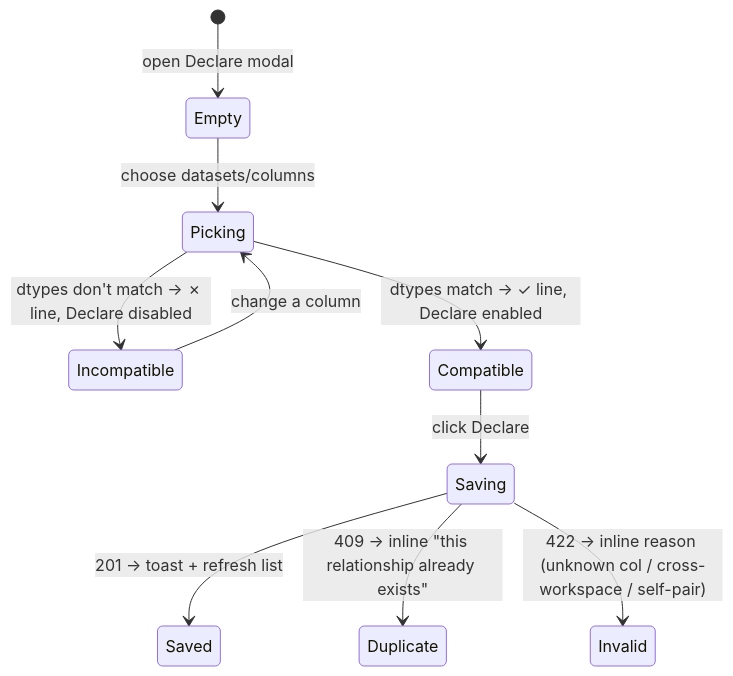
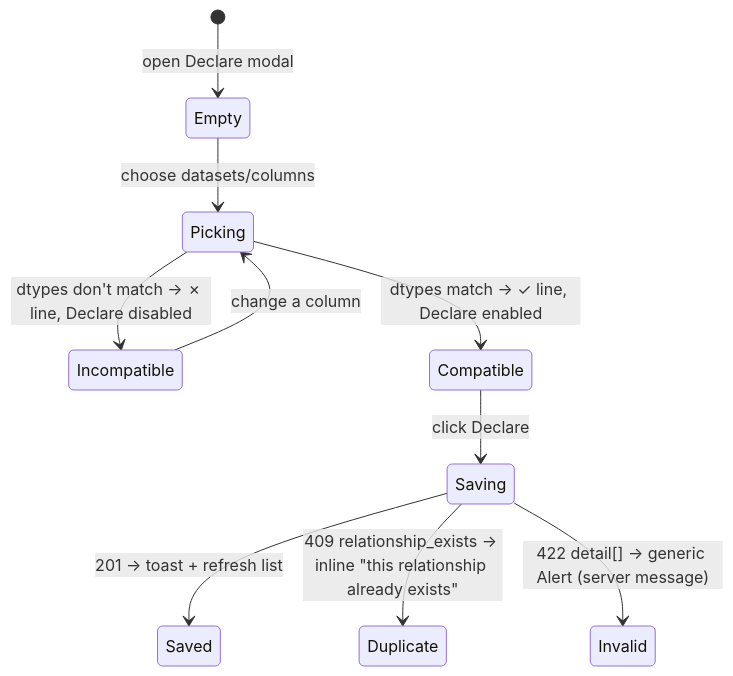
The first of 2 diagrams in .agents/design/data-management/workspaces/relationships.md (pasxd245/my-dynamic-dashboard), drawn with Mermaid before and after one commit. The commit also changed other lines of this file, not shown here.

````diff
--- a/.agents/design/data-management/workspaces/relationships.md
+++ b/.agents/design/data-management/workspaces/relationships.md
@@ -257,12 +248,12 @@
 ```mermaid
 stateDiagram-v2
     [*] --> Empty: open Declare modal
     Empty --> Picking: choose datasets/columns
     Picking --> Incompatible: dtypes don't match → ✗ line, Declare disabled
     Picking --> Compatible: dtypes match → ✓ line, Declare enabled
     Incompatible --> Picking: change a column
     Compatible --> Saving: click Declare
     Saving --> Saved: 201 → toast + refresh list
-    Saving --> Duplicate: 409 → inline "this relationship already exists"
-    Saving --> Invalid: 422 → inline reason (unknown col / cross-workspace / self-pair)
+    Saving --> Duplicate: 409 relationship_exists → inline "this relationship already exists"
+    Saving --> Invalid: 422 detail[] → generic Alert (server message)
 ```
````
